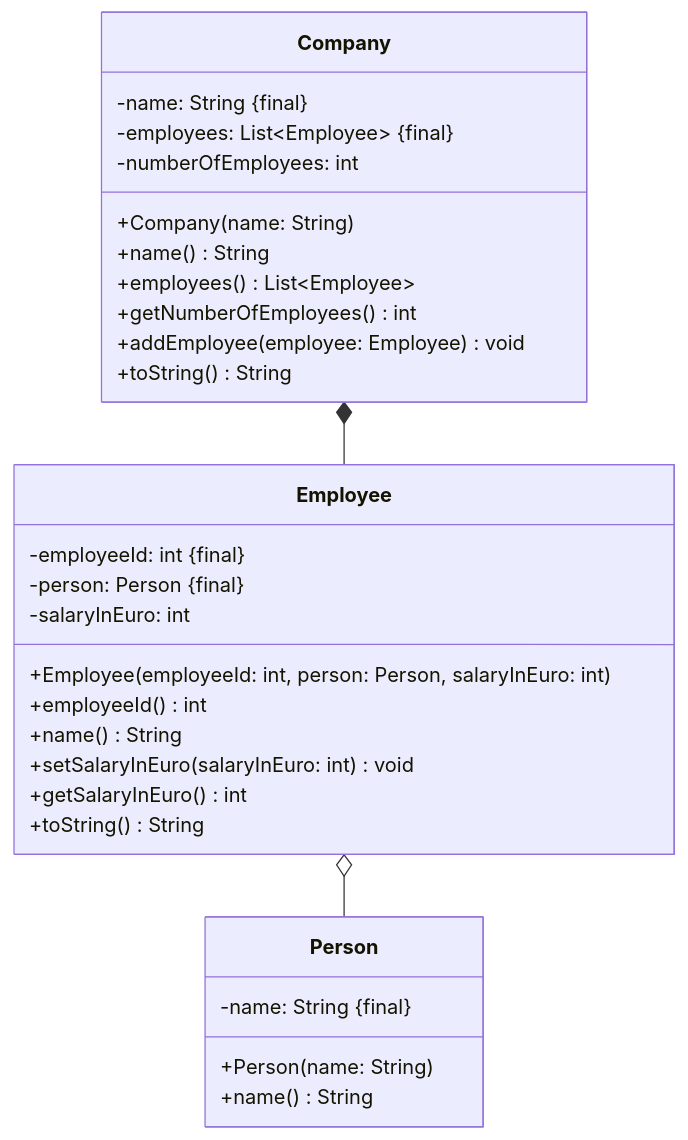
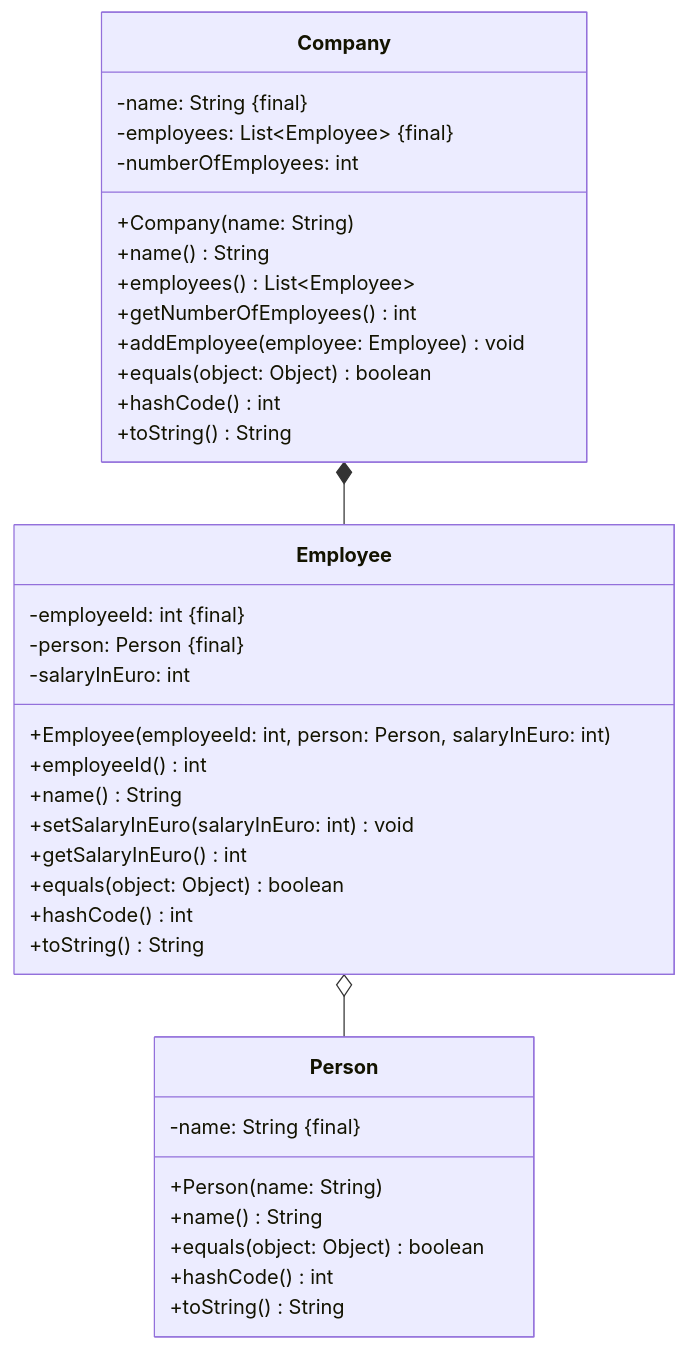
One commit to jappuccini/java-docs changed the diagram in docs/exercises/inner-classes/inner-classes02.mdx. Above: the diagram before and after it, drawn with Mermaid. The commit also changed 10 other files, not shown here.

````diff
--- a/docs/exercises/inner-classes/inner-classes02.mdx
+++ b/docs/exercises/inner-classes/inner-classes02.mdx
@@ -17,35 +17,42 @@
 ```mermaid
 classDiagram
     Company *-- Employee
     Employee o-- Person
 
     class Company {
         -name: String &#123final&#125
         -employees: List~Employee~ &#123final&#125
         -numberOfEmployees: int
         +Company(name: String)
         +name() String
         +employees() List~Employee~
         +getNumberOfEmployees() int
         +addEmployee(employee: Employee) void
+        +equals(object: Object) boolean
+        +hashCode() int
         +toString() String
     }
 
     class Person {
         -name: String &#123final&#125
         +Person(name: String)
         +name() String
+        +equals(object: Object) boolean
+        +hashCode() int
+        +toString() String
     }
 
     class Employee {
         -employeeId: int &#123final&#125
         -person: Person &#123final&#125
         -salaryInEuro: int
         +Employee(employeeId: int, person: Person, salaryInEuro: int)
         +employeeId() int
         +name() String
         +setSalaryInEuro(salaryInEuro: int) void
         +getSalaryInEuro() int
+        +equals(object: Object) boolean
+        +hashCode() int
         +toString() String
     }
 ```
````
